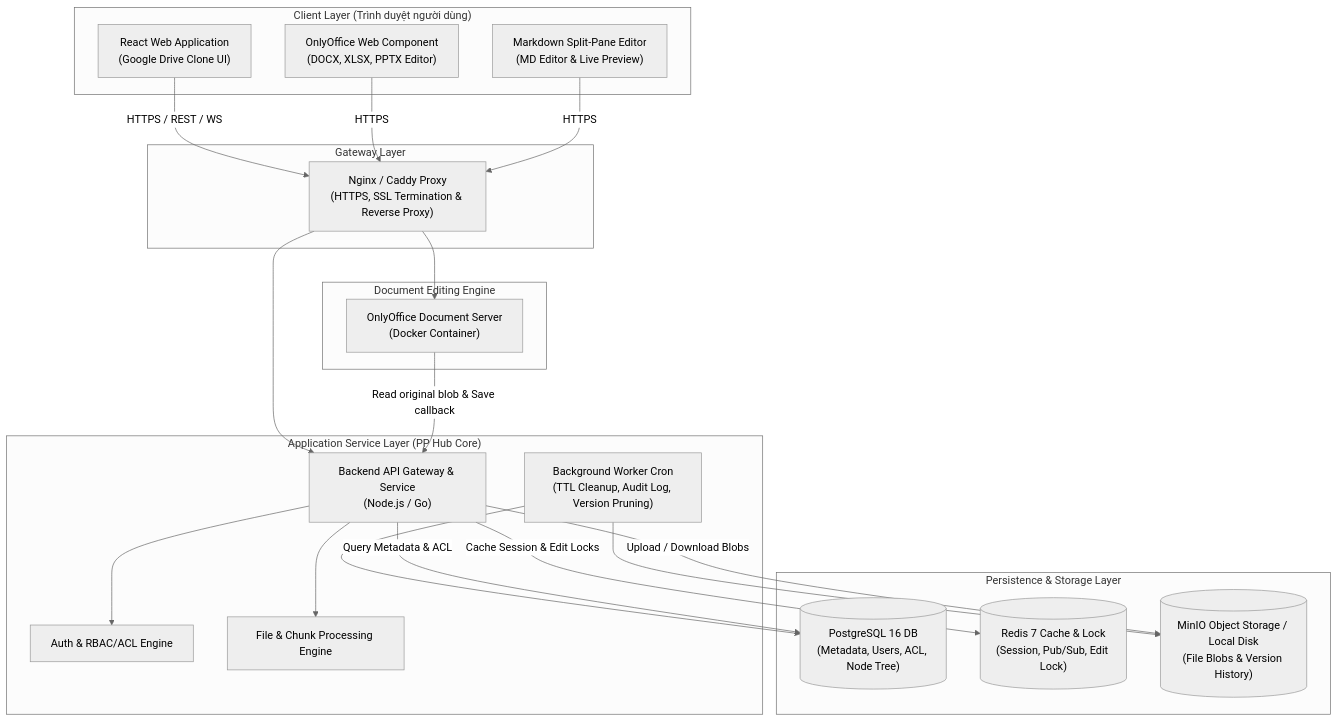
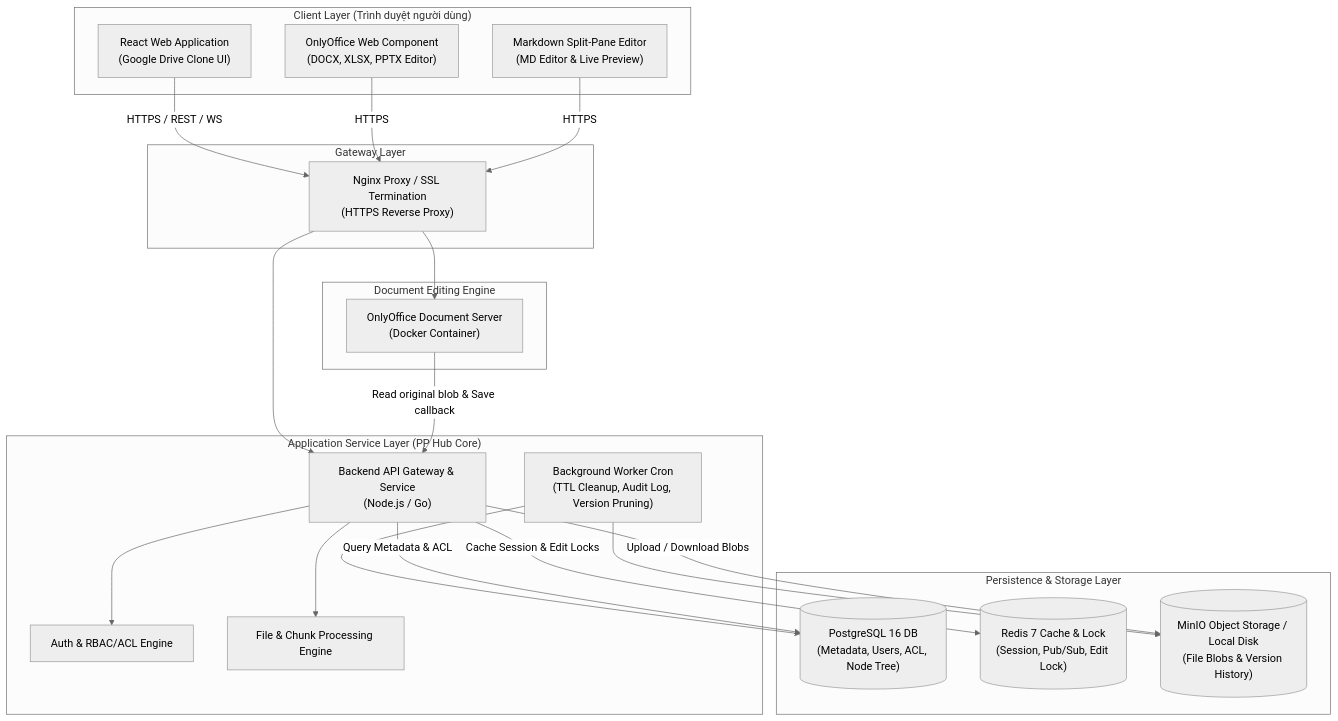
Before and after one commit to XuanQuang1301/Training-IT: the first of 3 diagrams in System Design cho hệ thống PP Hub/README.md, drawn with Mermaid (neutral theme). The commit also changed other lines of this file and 9 other files, not shown here.

````diff
--- a/System Design cho hệ thống PP Hub/README.md
+++ b/System Design cho hệ thống PP Hub/README.md
@@ -95,47 +132,47 @@
 ```mermaid
 flowchart TD
     subgraph Clients ["Client Layer (Trình duyệt người dùng)"]
         ReactUI["React Web Application<br/>(Google Drive Clone UI)"]
         OnlyOfficeUI["OnlyOffice Web Component<br/>(DOCX, XLSX, PPTX Editor)"]
         MdUI["Markdown Split-Pane Editor<br/>(MD Editor & Live Preview)"]
     end
 
     subgraph Edge ["Gateway Layer"]
-        Proxy["Nginx / Caddy Proxy<br/>(HTTPS, SSL Termination & Reverse Proxy)"]
+        Proxy["Nginx Proxy / SSL Termination<br/>(HTTPS Reverse Proxy)"]
     end
 
     subgraph AppCluster ["Application Service Layer (PP Hub Core)"]
         API["Backend API Gateway & Service<br/>(Node.js / Go)"]
         AuthService["Auth & RBAC/ACL Engine"]
         FileService["File & Chunk Processing Engine"]
         WorkerService["Background Worker Cron<br/>(TTL Cleanup, Audit Log, Version Pruning)"]
     end
 
     subgraph OfficeCluster ["Document Editing Engine"]
         OO["OnlyOffice Document Server<br/>(Docker Container)"]
     end
 
     subgraph StorageLayer ["Persistence & Storage Layer"]
         Postgres[("PostgreSQL 16 DB<br/>(Metadata, Users, ACL, Node Tree)")]
         Redis[("Redis 7 Cache & Lock<br/>(Session, Pub/Sub, Edit Lock)")]
         MinIO[("MinIO Object Storage / Local Disk<br/>(File Blobs & Version History)")]
     end
 
     ReactUI -->|HTTPS / REST / WS| Proxy
     OnlyOfficeUI -->|HTTPS| Proxy
     MdUI -->|HTTPS| Proxy
 
     Proxy --> API
     Proxy --> OO
 
     API --> AuthService
     API --> FileService
     WorkerService --> Postgres
     WorkerService --> MinIO
 
     API -->|Query Metadata & ACL| Postgres
     API -->|Cache Session & Edit Locks| Redis
     API -->|Upload / Download Blobs| MinIO
 
     OO -->|Read original blob & Save callback| API
 ```
````
